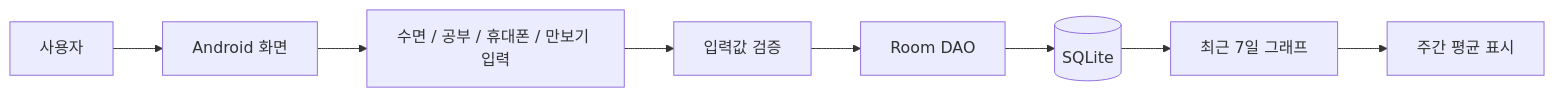
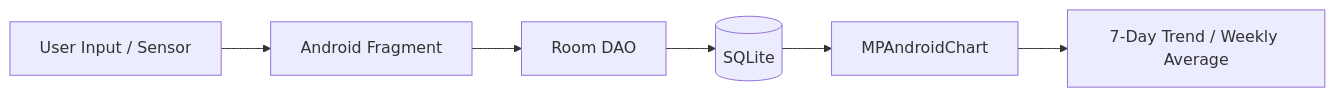
Before and after one commit to nadanaya/portfolio: the diagram in images/life-manager/README.md, drawn with Mermaid. The commit also changed other lines of this file, not shown here.

````diff
--- a/images/life-manager/README.md
+++ b/images/life-manager/README.md
@@ -82,10 +33,8 @@
 ```mermaid
 flowchart LR
-    User[사용자] --> Screen[Android 화면]
-    Screen --> Input[수면 / 공부 / 휴대폰 / 만보기 입력]
-    Input --> Validation[입력값 검증]
-    Validation --> Room[Room DAO]
-    Room --> DB[(SQLite)]
-    DB --> Chart[최근 7일 그래프]
-    Chart --> Average[주간 평균 표시]
+    User[User Input / Sensor] --> Fragment[Android Fragment]
+    Fragment --> Dao[Room DAO]
+    Dao --> DB[(SQLite)]
+    DB --> Graph[MPAndroidChart]
+    Graph --> Summary[7-Day Trend / Weekly Average]
 ```
````
